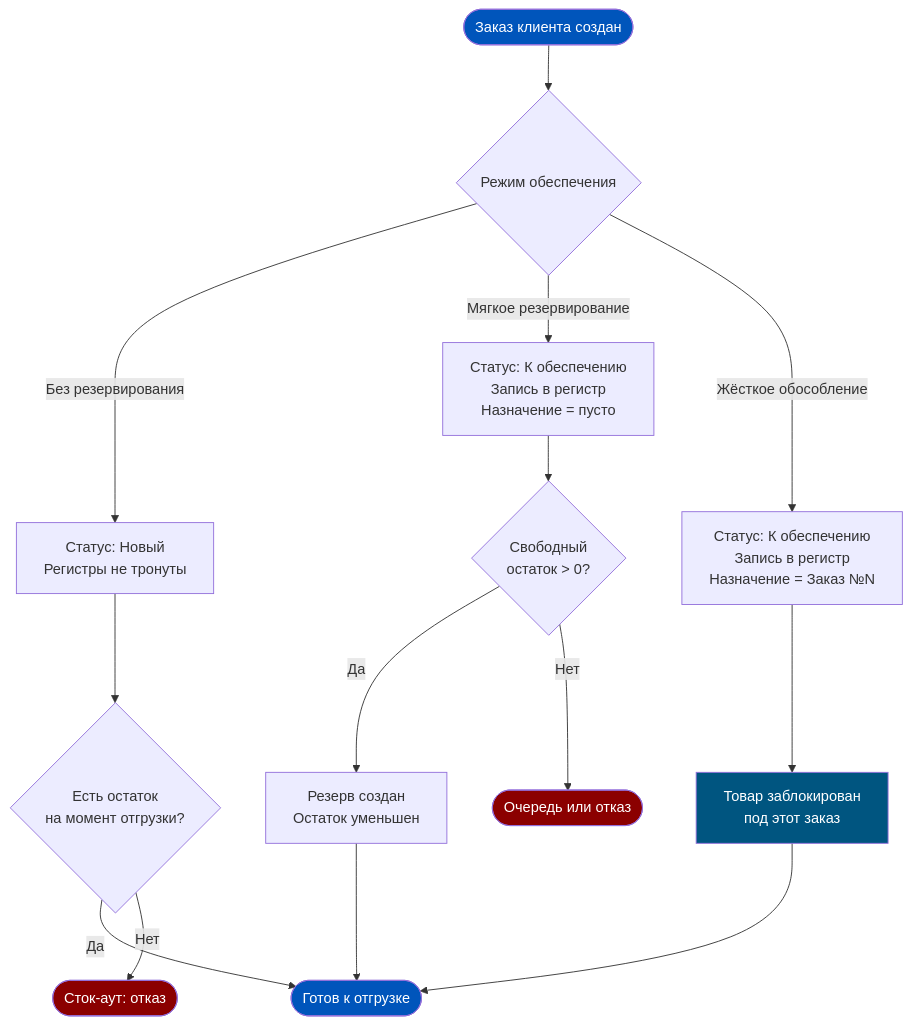
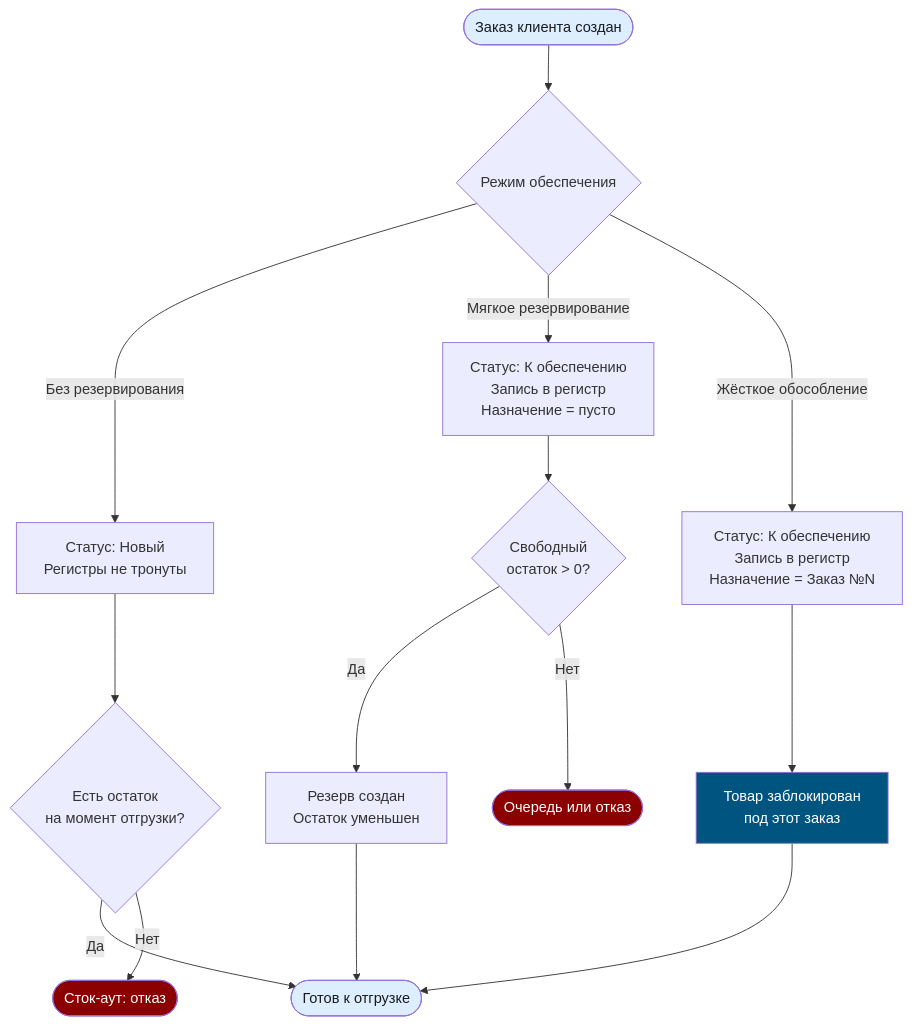
The first of 7 diagrams in content/1c-erp/week_6/Неделя 6 - День 1 - Логика резервирования.md (murad1986/1c-erp-quartz), drawn with Mermaid before and after one commit. The commit also changed other lines of this file and 57 other files, not shown here.

First line of the commit message:
fix: Mermaid — пастельные цвета в источниках диаграмм (56 файлов)

````diff
--- a/content/1c-erp/week_6/Неделя 6 - День 1 - Логика резервирования.md
+++ b/content/1c-erp/week_6/Неделя 6 - День 1 - Логика резервирования.md
@@ -57,24 +57,24 @@
 ```mermaid
 flowchart TD
     A([Заказ клиента создан]) --> B{Режим обеспечения}
     B -->|Без резервирования| C[Статус: Новый<br/>Регистры не тронуты]
     B -->|Мягкое резервирование| D[Статус: К обеспечению<br/>Запись в регистр<br/>Назначение = пусто]
     B -->|Жёсткое обособление| E[Статус: К обеспечению<br/>Запись в регистр<br/>Назначение = Заказ №N]
 
     C --> F{Есть остаток<br/>на момент отгрузки?}
     D --> G{Свободный<br/>остаток > 0?}
     E --> H[Товар заблокирован<br/>под этот заказ]
 
     F -->|Да| I([Готов к отгрузке])
     F -->|Нет| J([Сток-аут: отказ])
     G -->|Да| K[Резерв создан<br/>Остаток уменьшен]
     G -->|Нет| L([Очередь или отказ])
     K --> I
     H --> I
 
-    style A fill:#0055BB,color:#fff
-    style I fill:#0055BB,color:#fff
+    style A fill:#dceeff,color:#1a1a1a
+    style I fill:#dceeff,color:#1a1a1a
     style J fill:#8B0000,color:#fff
     style L fill:#8B0000,color:#fff
     style H fill:#005580,color:#fff
 ```
````
